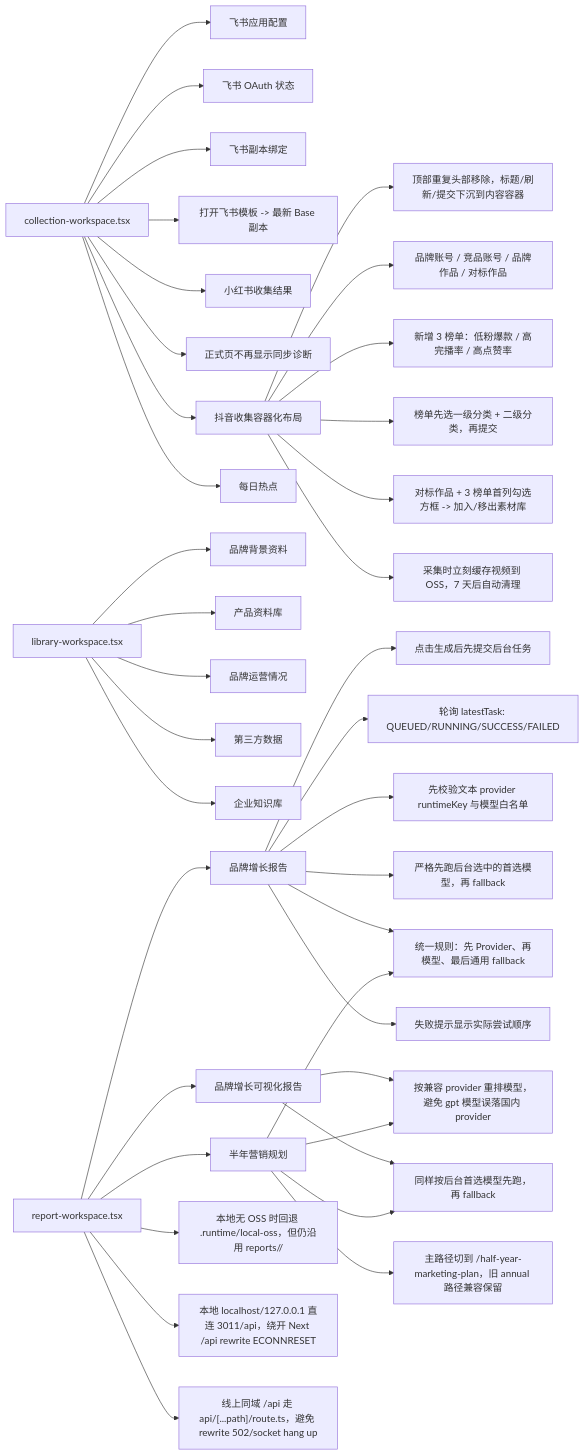
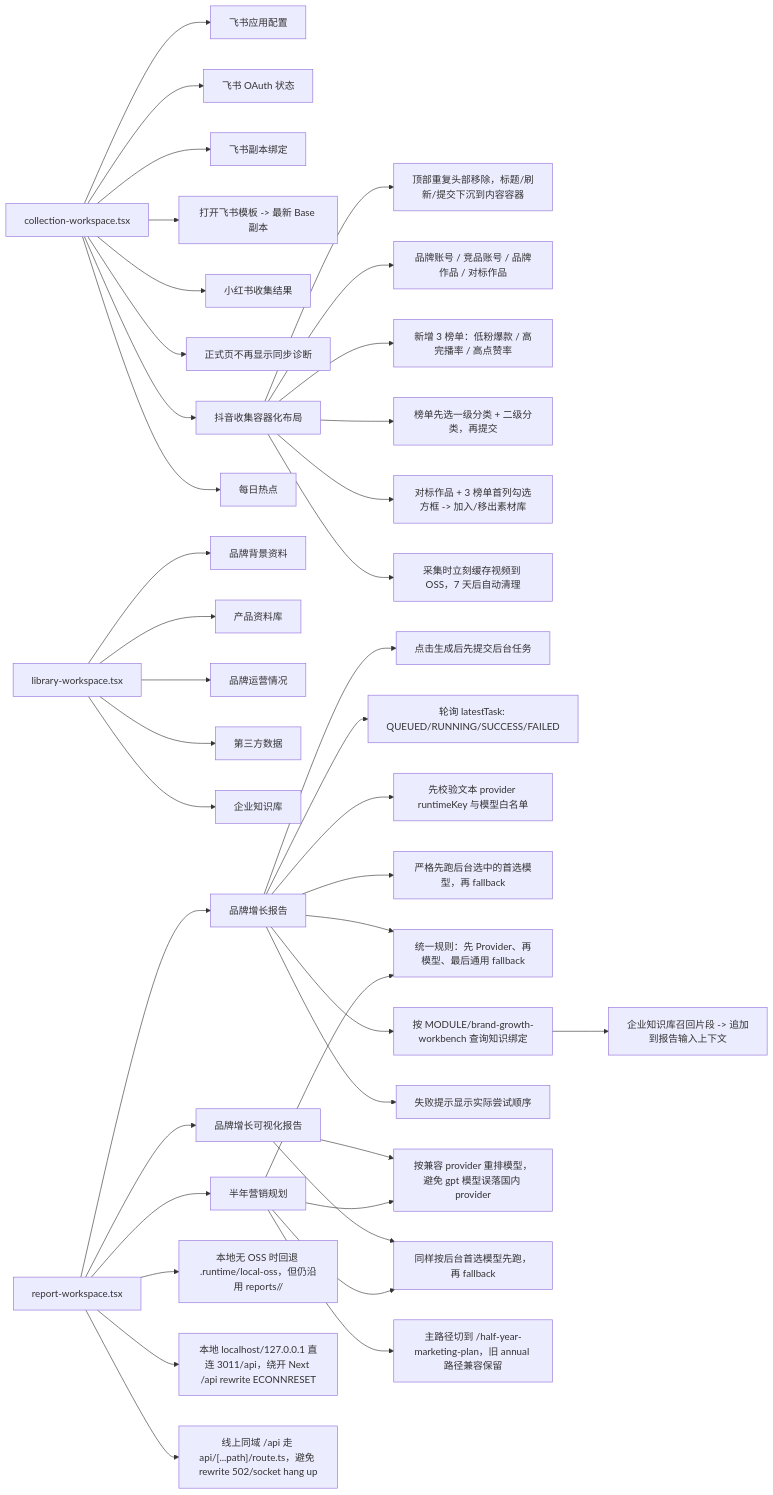
Before and after one commit to Depthukesh/ai-omni-ops-system: the fourth of 14 diagrams in docs/site-map-mermaid.md, drawn with Mermaid. The commit also changed other lines of this file and 8 other files, not shown here.

````diff
--- a/docs/site-map-mermaid.md
+++ b/docs/site-map-mermaid.md
@@ -195,45 +195,47 @@
 ```mermaid
 flowchart LR
     A["collection-workspace.tsx"]
     A --> A1["飞书应用配置"]
     A --> A2["飞书 OAuth 状态"]
     A --> A3["飞书副本绑定"]
     A --> A31["打开飞书模板 -> 最新 Base 副本"]
     A --> A4["小红书收集结果"]
     A --> A41["正式页不再显示同步诊断"]
     A --> A6["抖音收集容器化布局"]
     A6 --> A61["顶部重复头部移除，标题/刷新/提交下沉到内容容器"]
     A6 --> A62["品牌账号 / 竞品账号 / 品牌作品 / 对标作品"]
     A6 --> A63["新增 3 榜单：低粉爆款 / 高完播率 / 高点赞率"]
     A6 --> A64["榜单先选一级分类 + 二级分类，再提交"]
     A6 --> A65["对标作品 + 3 榜单首列勾选方框 -> 加入/移出素材库"]
     A6 --> A66["采集时立刻缓存视频到 OSS，7 天后自动清理"]
     A --> A5["每日热点"]
 
     B["library-workspace.tsx"]
     B --> B1["品牌背景资料"]
     B --> B2["产品资料库"]
     B --> B3["品牌运营情况"]
     B --> B4["第三方数据"]
     B --> B5["企业知识库"]
 
     C["report-workspace.tsx"]
     C --> C1["品牌增长报告"]
     C --> C2["品牌增长可视化报告"]
     C --> C3["半年营销规划"]
     C1 --> C10["点击生成后先提交后台任务"]
     C1 --> C11["轮询 latestTask: QUEUED/RUNNING/SUCCESS/FAILED"]
     C1 --> C12["先校验文本 provider runtimeKey 与模型白名单"]
     C1 --> C17["严格先跑后台选中的首选模型，再 fallback"]
     C1 --> C21["统一规则：先 Provider、再模型、最后通用 fallback"]
+    C1 --> C22["按 MODULE/brand-growth-workbench 查询知识绑定"]
+    C22 --> C23["企业知识库召回片段 -> 追加到报告输入上下文"]
     C1 --> C18["失败提示显示实际尝试顺序"]
     C2 --> C13["忽略不兼容的图像 provider，回退国内文本 provider"]
     C2 --> C19["同样按后台首选模型先跑，再 fallback"]
     C3 --> C13["按兼容 provider 重排模型，避免 gpt 模型误落国内 provider"]
     C3 --> C20["主路径切到 /half-year-marketing-plan，旧 annual 路径兼容保留"]
     C3 --> C21
     C3 --> C19
     C --> C14["本地无 OSS 时回退 .runtime/local-oss，但仍沿用 reports/<brandId>/<fileName>"]
     C --> C15["本地 localhost/127.0.0.1 直连 3011/api，绕开 Next /api rewrite ECONNRESET"]
     C --> C16["线上同域 /api 走 api/[...path]/route.ts，避免 rewrite 502/socket hang up"]
 ```
````
